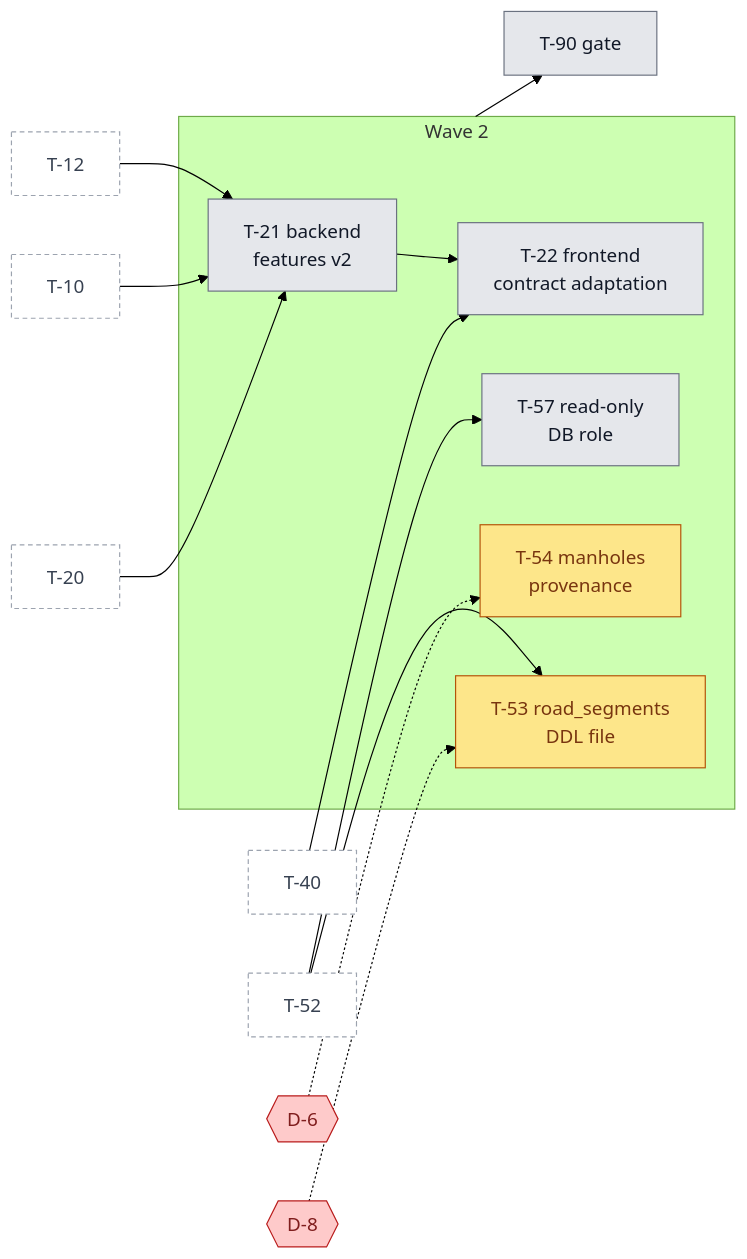
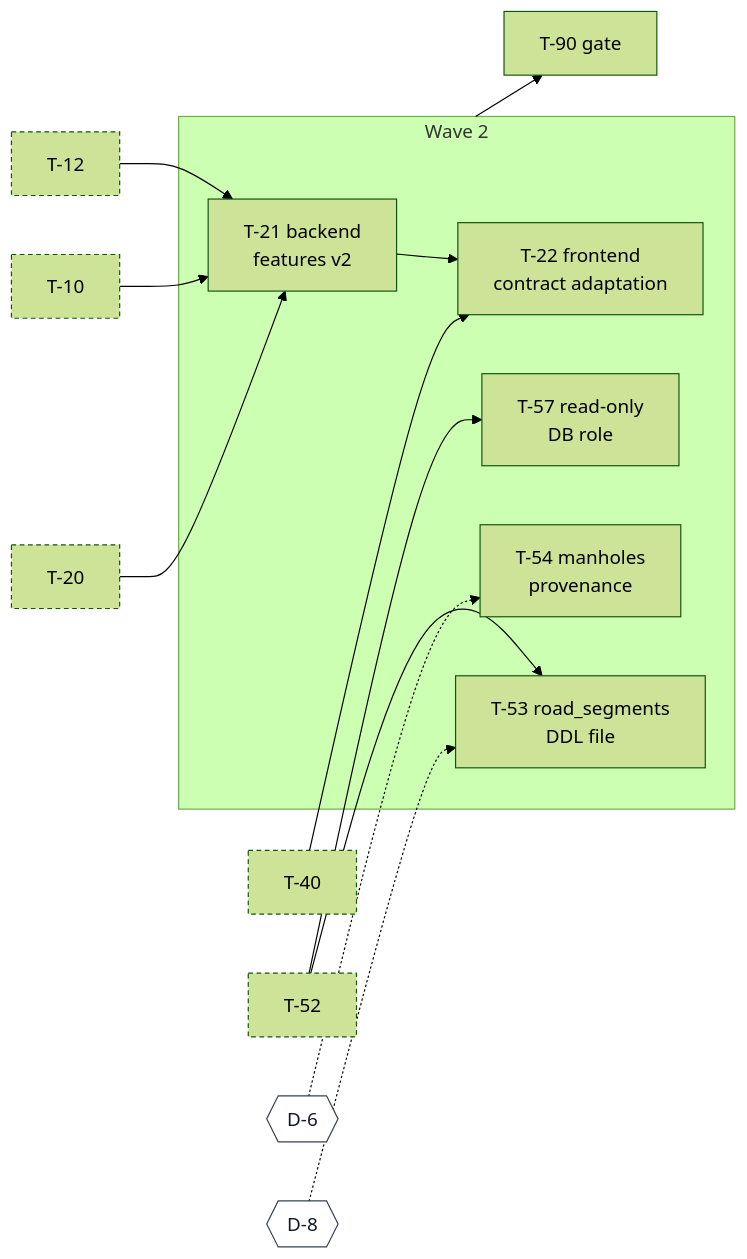
One commit to adrianfarhat/orlando-infrastructure-etl changed the third of 7 diagrams in docs/agents/development-status.md. Above: the diagram before and after it, drawn with Mermaid (forest theme). The commit also changed other lines of this file and 7 other files, not shown here.

````diff
--- a/docs/agents/development-status.md
+++ b/docs/agents/development-status.md
@@ -121,37 +90,33 @@
 ```mermaid
 flowchart LR
   T20p["T-20"]
   T10p["T-10"]
   T12p["T-12"]
   T40p["T-40"]
   T52p["T-52"]
   D6{{"D-6"}}
   D8{{"D-8"}}
   subgraph W2["Wave 2"]
     T21["T-21 backend<br/>features v2"]
     T22["T-22 frontend<br/>contract adaptation"]
     T53["T-53 road_segments<br/>DDL file"]
     T54["T-54 manholes<br/>provenance"]
     T57["T-57 read-only<br/>DB role"]
   end
   G2["T-90 gate"]
   T20p --> T21
   T10p --> T21
   T12p --> T21
   T21 --> T22
   T40p --> T22
   T52p --> T53
   D8 -.-> T53
   D6 -.-> T54
   T52p --> T57
   W2 --> G2
 
-  classDef todo fill:#e5e7eb,stroke:#6b7280,color:#111827
-  classDef waiting fill:#fde68a,stroke:#b45309,color:#78350f
-  classDef decision fill:#fecaca,stroke:#b91c1c,color:#7f1d1d
-  classDef prior fill:#ffffff,stroke:#9ca3af,stroke-dasharray:4 3,color:#374151
-  class T21,T22,T57,G2 todo
-  class T53,T54 waiting
+  classDef decision fill:#ffffff,stroke:#374151,color:#111827
+  classDef otherwave stroke-dasharray:4 3
   class D6,D8 decision
-  class T20p,T10p,T12p,T40p,T52p prior
+  class T20p,T10p,T12p,T40p,T52p otherwave
 ```
````
